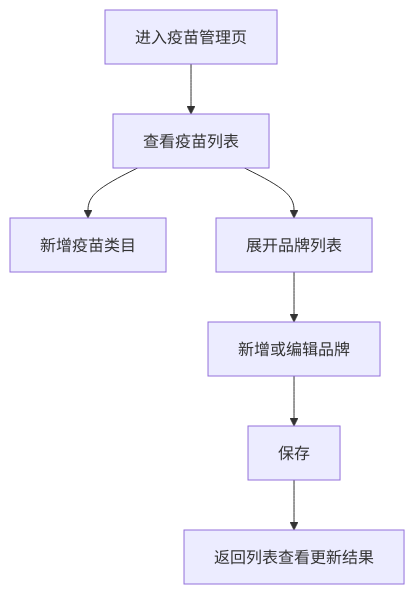
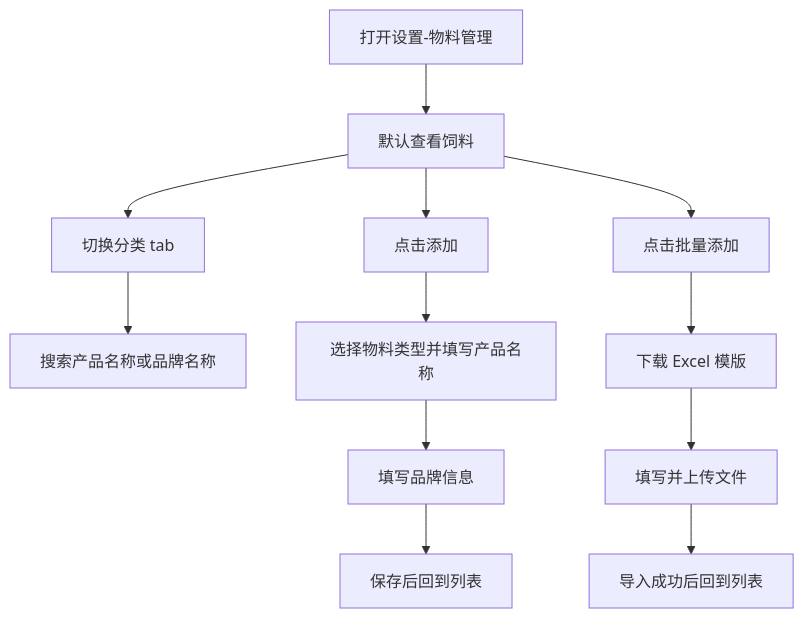
One commit to 91Dhua/Vaccine changed the second of 2 diagrams in prds/vaccine prd/01-疫苗管理.md. Above: the diagram before and after it, drawn with Mermaid. The commit also changed other lines of this file and 57 other files, not shown here.

````diff
--- a/prds/vaccine prd/01-疫苗管理.md
+++ b/prds/vaccine prd/01-疫苗管理.md
@@ -41,9 +49,14 @@
 ```mermaid
 flowchart TD
-  A[进入疫苗管理页] --> B[查看疫苗列表]
-  B --> C[新增疫苗类目]
-  B --> D[展开品牌列表]
-  D --> E[新增或编辑品牌]
-  E --> F[保存]
-  F --> G[返回列表查看更新结果]
+  A[打开设置-物料管理] --> B[默认查看饲料]
+  B --> C[切换分类 tab]
+  C --> D[搜索产品名称或品牌名称]
+  B --> E[点击添加]
+  E --> F[选择物料类型并填写产品名称]
+  F --> G[填写品牌信息]
+  G --> H[保存后回到列表]
+  B --> I[点击批量添加]
+  I --> J[下载 Excel 模版]
+  J --> K[填写并上传文件]
+  K --> L[导入成功后回到列表]
 ```
````
